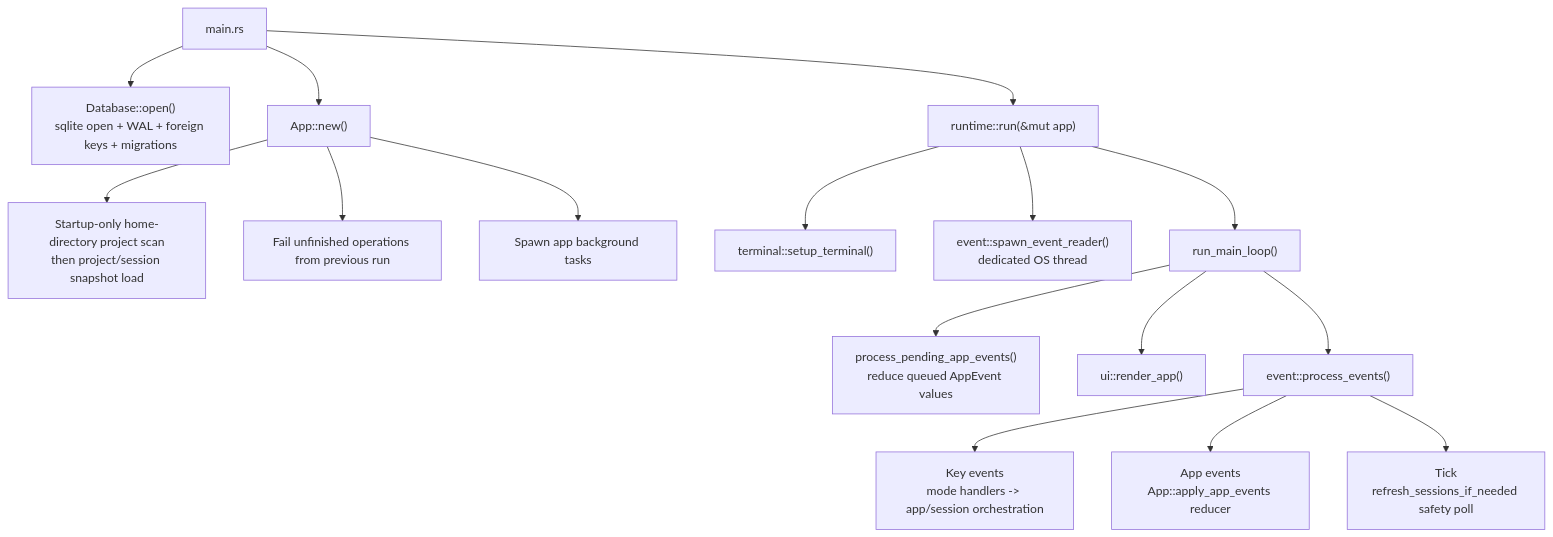
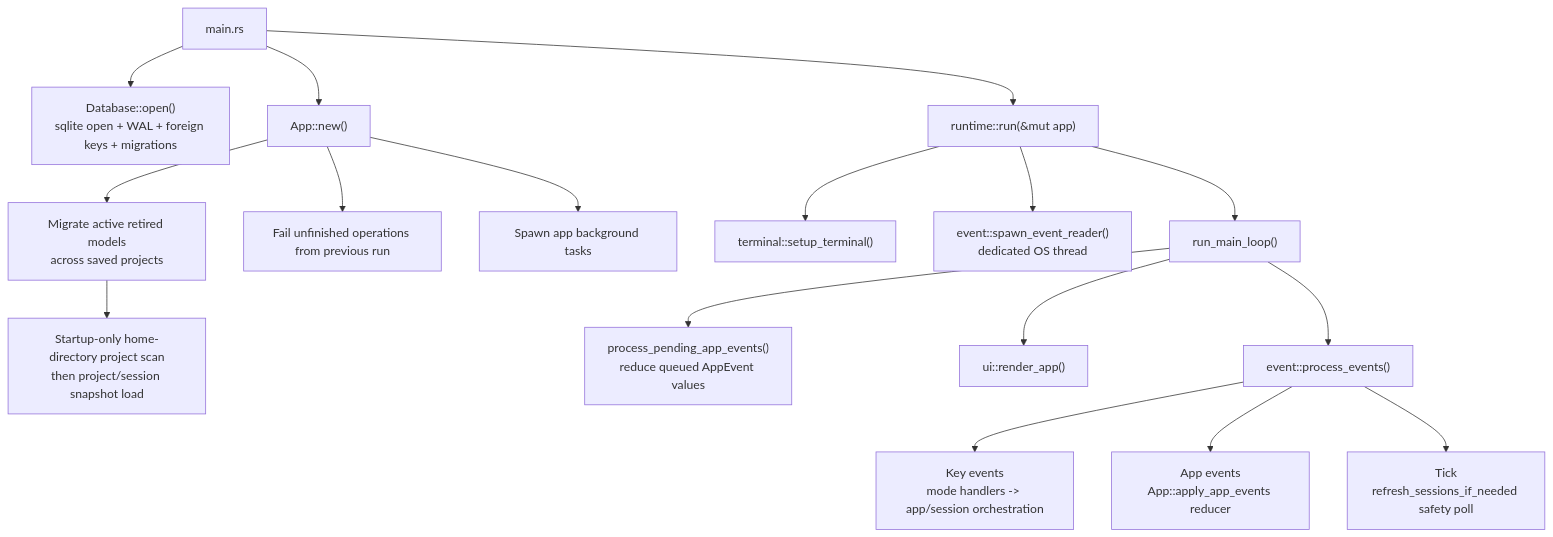
Before and after one commit to agentty-xyz/agentty: the first of 3 diagrams in docs/site/content/docs/architecture/runtime-flow.md, drawn with Mermaid. The commit also changed other lines of this file and 39 other files, not shown here.

First line of the commit message:
Retire obsolete model ids and migrate active sessions

````diff
--- a/docs/site/content/docs/architecture/runtime-flow.md
+++ b/docs/site/content/docs/architecture/runtime-flow.md
@@ -47,35 +47,37 @@
 ```mermaid
 flowchart TD
   main["main.rs"]
   db["Database::open()<br/>sqlite open + WAL + foreign keys + migrations"]
   app_new["App::new()"]
+  model_migration["Migrate active retired models<br/>across saved projects"]
   scan["Startup-only home-directory project scan<br/>then project/session snapshot load"]
   fail_ops["Fail unfinished operations from previous run"]
   background["Spawn app background tasks"]
   runtime["runtime::run(&mut app)"]
   terminal["terminal::setup_terminal()"]
   event_reader["event::spawn_event_reader()<br/>dedicated OS thread"]
   main_loop["run_main_loop()"]
   drain["process_pending_app_events()<br/>reduce queued AppEvent values"]
   draw["ui::render_app()"]
   process["event::process_events()"]
   key_events["Key events<br/>mode handlers -> app/session orchestration"]
   app_events["App events<br/>App::apply_app_events reducer"]
   tick["Tick<br/>refresh_sessions_if_needed safety poll"]
 
   main --> db
   main --> app_new
-  app_new --> scan
+  app_new --> model_migration
+  model_migration --> scan
   app_new --> fail_ops
   app_new --> background
   main --> runtime
   runtime --> terminal
   runtime --> event_reader
   runtime --> main_loop
   main_loop --> drain
   main_loop --> draw
   main_loop --> process
   process --> key_events
   process --> app_events
   process --> tick
 ```
````
